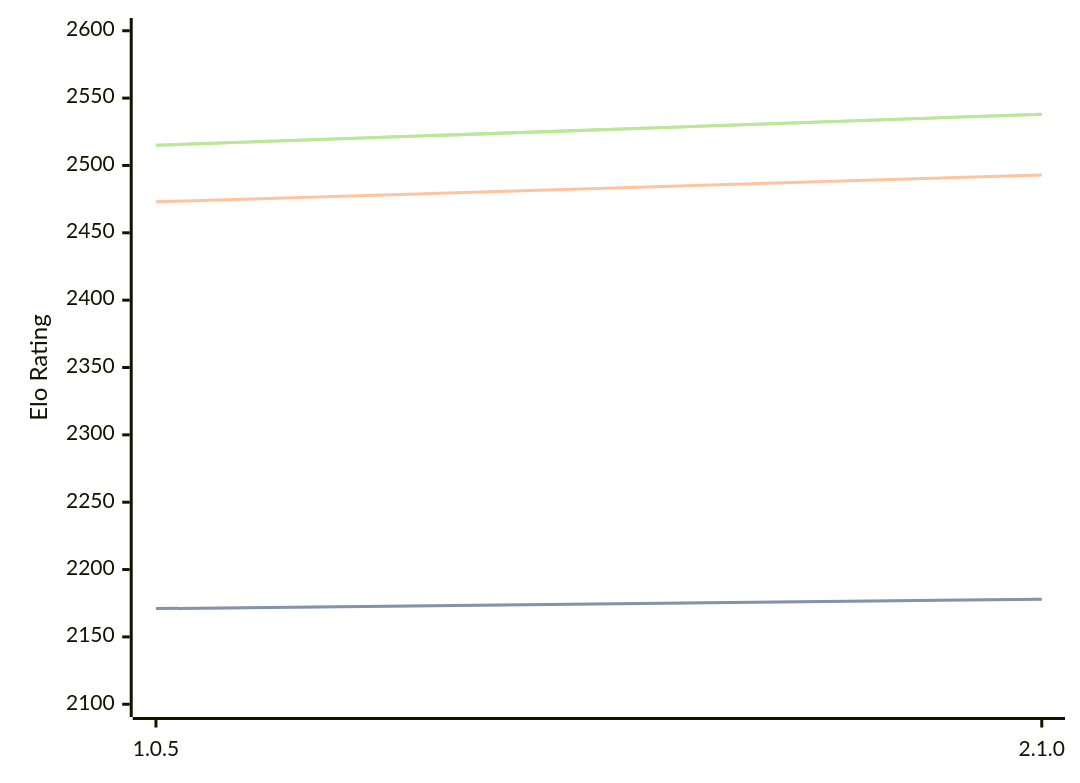
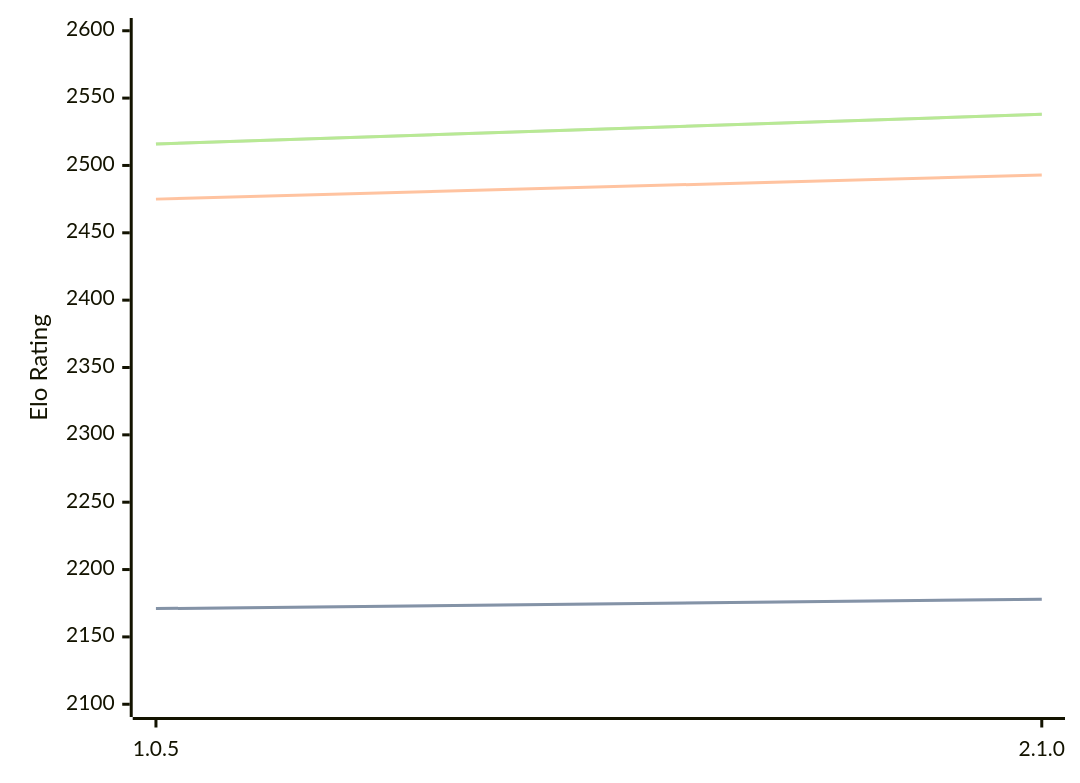
One commit to computer-chess-index/cci changed the diagram in engines/Ruffian.md. Above: the diagram before and after it, drawn with Mermaid. The commit also changed other lines of this file, not shown here.

Commit message:
Update CCI Ratings (ELO VLTC) - 2026-04-12

````diff
--- a/engines/Ruffian.md
+++ b/engines/Ruffian.md
@@ -32,11 +32,11 @@
 ```mermaid
 %%{init: {"theme":"base","themeVariables":{"seriesColors:['#a3a3a3','#222221','#faa371']}}}%%
 xychart-beta
   x-axis ["1.0.5", "2.1.0"]
   y-axis "Elo Rating" 2100 --> 2600
   line "STC (8.0+0.08s)" [2171, 2178]
   line "STC (8.0+0.08s)" [2171, 2178]
-  line "LTC (60.0+0.60s)" [2473, 2493]
-  line "VLTC (2m24s+1.12s)" [2515, 2538]
-  line "VLTC (2m24s+1.12s)" [2515, 2538]
+  line "LTC (60.0+0.60s)" [2475, 2493]
+  line "VLTC (2m24s+1.12s)" [2516, 2538]
+  line "VLTC (2m24s+1.12s)" [2516, 2538]
 ```
````
